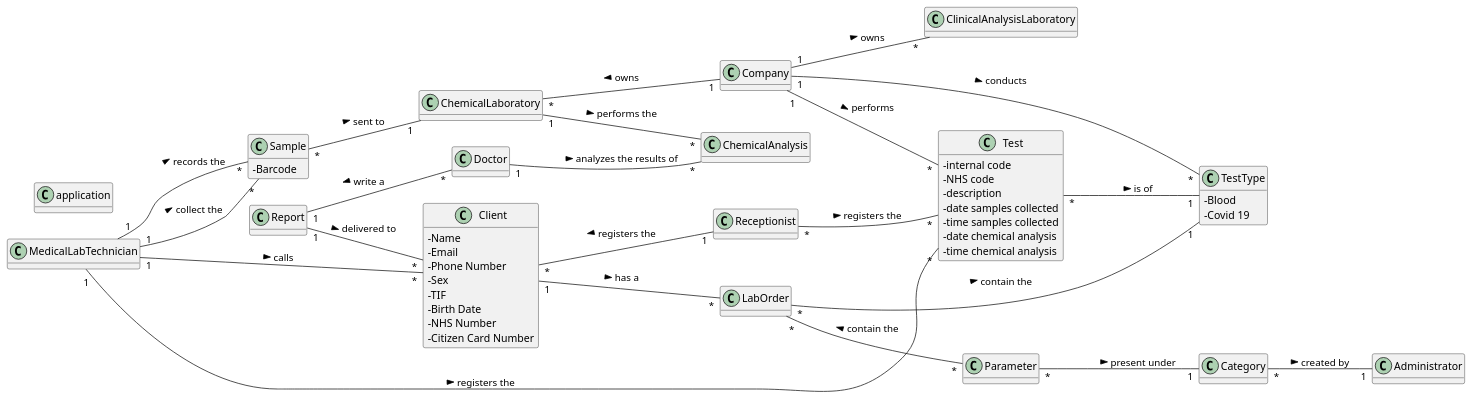
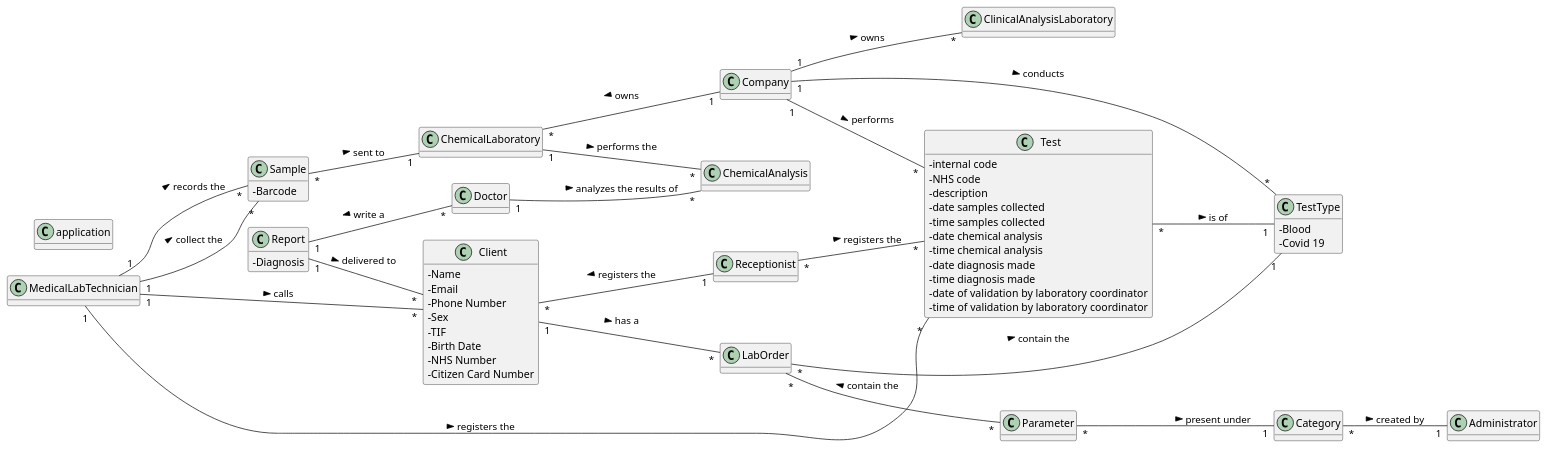
The diagram in docs/SprintA/Artifacts/DM.puml (manu-07-ela/LAPR2_ISEP), drawn with PlantUML before and after one commit. The commit also changed 2 other files, not shown here.

```diff
--- a/docs/SprintA/Artifacts/DM.puml
+++ b/docs/SprintA/Artifacts/DM.puml
@@ -1,116 +1,122 @@
 @startuml
 'https://plantuml.com/class-diagram
 
 hide methods
 left to right direction
 skinparam classAttributeIconSize 0
 
 class Receptionist {
 
 }
 
 class Client {
  - Name
  - Email
  - Phone Number
  - Sex
  - TIF
  - Birth Date
  - NHS Number
  - Citizen Card Number
 
 }
 
 class Doctor {
 
 }
 
 class Administrator{
 
 }
 
 
 
 class LabOrder {
 
 }
 
 class Category {
 
 }
 
 class TestType {
 - Blood
 - Covid 19
 }
 
 class Sample {
 - Barcode
 }
 
 class Report {
+-Diagnosis
 
 }
 
 class Test {
 - internal code
 - NHS code
 - description
 - date samples collected
 - time samples collected
 - date chemical analysis
 - time chemical analysis
+- date diagnosis made
+- time diagnosis made
+- date of validation by laboratory coordinator
+- time of validation by laboratory coordinator
 }
+class Parameter {
 
-class Parameter {
 
 }
 
 class Company {
 
 }
 
 class ChemicalLaboratory{
 
 }
 
 class MedicalLabTechnician {
 
 }
 
 class ChemicalAnalysis {
 
 }
 
 class ClinicalAnalysisLaboratory{
 
 }
 
 class application{
 
 }
 
+
 Client "*" -- "1" Receptionist: registers the <
 LabOrder "*" -- "1" TestType: contain the >
 Client "1" -- "*" LabOrder: has a >
 Report "1" -- "*" Doctor: write a <
 Receptionist "*" -- "*" Test: registers the >
 Test "*" -- "1" TestType: is of >
 Parameter "*" -- "1" Category: present under >
 Category "*" -- "1" Administrator: created by >
 Company "1" -- "*" Test: performs >
 Sample "*" -- "1" ChemicalLaboratory: sent to >
 Company "1" -- "*" TestType: conducts >
 MedicalLabTechnician "1" -- "*" Client: calls >
 ChemicalLaboratory "1" -- "*" ChemicalAnalysis: performs the >
 MedicalLabTechnician "1" -- "*" Sample: records the >
 Company "1" -- "*" ClinicalAnalysisLaboratory: owns >
 ChemicalLaboratory "*" -- "1" Company: owns <
 LabOrder "*" -- "*" Parameter: contain the <
 MedicalLabTechnician "1" -- "*" Test: registers the >
 MedicalLabTechnician "1" -- "*" Sample: collect the >
 Doctor "1" -- "*" ChemicalAnalysis: analyzes the results of >
 Report "1" -- "*" Client: delivered to >
 
 
 @enduml
```
